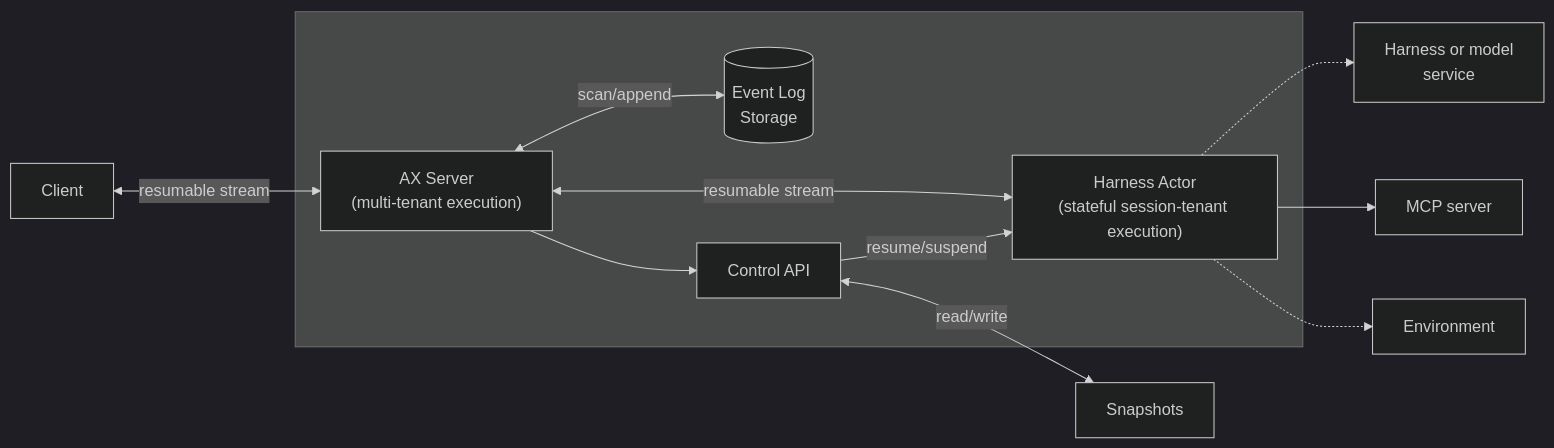
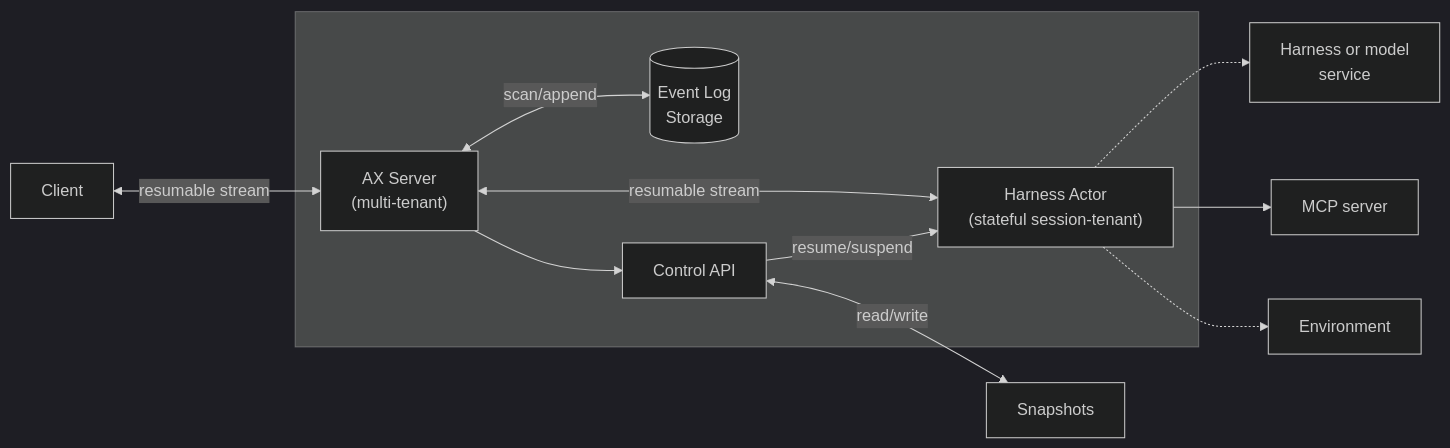
One commit to google/ax changed the diagram in README.md. Above: the diagram before and after it, drawn with Mermaid (dark theme).

Commit message:
Update wording

````diff
--- a/README.md
+++ b/README.md
@@ -44,26 +44,26 @@
 ```mermaid
 %%{init: {"flowchart": {"diagramPadding": 80}}}%%
 graph LR
     Client
 
     subgraph Cluster[" "]
-        Server["AX Server<br/>(multi-tenant execution)"]
+        Server["AX Server<br/>(multi-tenant)"]
         DB[("Event Log"<br/>Storage)]
         ControlService["Control API"]
-        Actor["Harness Actor<br/>(stateful session-tenant execution)"]
+        Actor["Harness Actor<br/>(stateful session-tenant)"]
     end
 
     SnapshotService["Snapshots"]
     HarnessService["Harness or model<br/>service"]
     MCPServer["MCP server"]
 
     Client <-->|resumable stream| Server
     Server <-->|scan/append| DB
     Server --> ControlService
     ControlService -->|resume/suspend| Actor
     Server <-->|resumable stream| Actor
     ControlService <-->|read/write| SnapshotService
     Actor -.-> HarnessService
     Actor --> MCPServer
     Actor -.-> Environment
 ```
````
